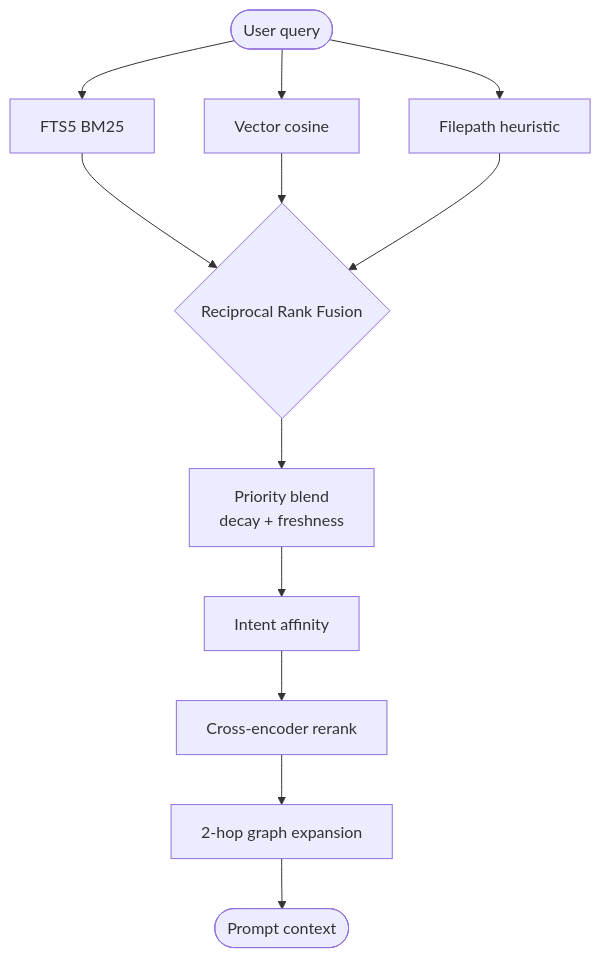
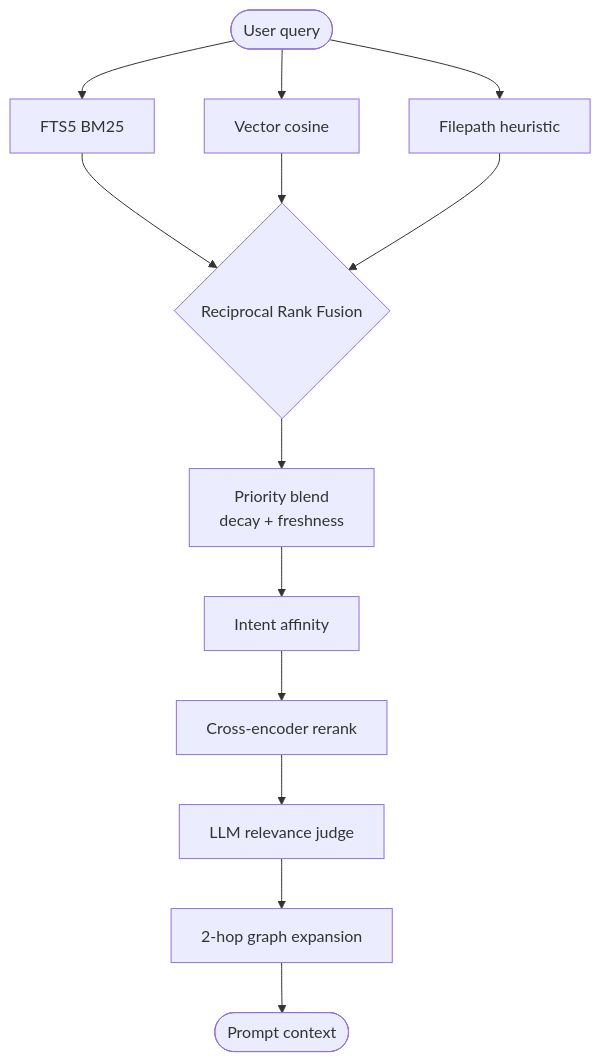
The second of 2 diagrams in brainrouter-docs/memory-engine.md (kinqsradiollc/BrainRouter), drawn with Mermaid before and after one commit. The commit also changed other lines of this file and 6 other files, not shown here.

First line of the commit message:
chore(0.3.5): env templates reorg + docs diagram refresh

````diff
--- a/brainrouter-docs/memory-engine.md
+++ b/brainrouter-docs/memory-engine.md
@@ -75,14 +75,15 @@
 ```mermaid
 graph TD
     Query([User query]) --> FTS[FTS5 BM25]
     Query --> Vec[Vector cosine]
     Query --> Path[Filepath heuristic]
     FTS --> RRF{Reciprocal Rank Fusion}
     Vec --> RRF
     Path --> RRF
     RRF --> Blend[Priority blend<br/>decay + freshness]
     Blend --> Affinity[Intent affinity]
     Affinity --> Rerank[Cross-encoder rerank]
-    Rerank --> Graph[2-hop graph expansion]
+    Rerank --> Judge[LLM relevance judge]
+    Judge --> Graph[2-hop graph expansion]
     Graph --> Out([Prompt context])
 ```
````
